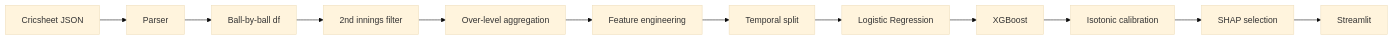
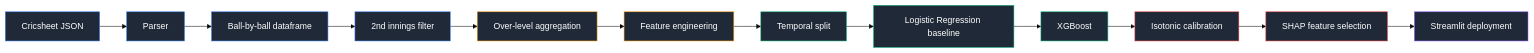
One commit to GranBan/granthbangard_ds_portfolio changed the diagram in Cricket T20 Win Probability Predictor/README.md. Above: the diagram before and after it, drawn with Mermaid (base theme).

````diff
--- a/Cricket T20 Win Probability Predictor/README.md
+++ b/Cricket T20 Win Probability Predictor/README.md
@@ -65,4 +65,27 @@
 ```mermaid
 graph LR
-    A[Cricsheet JSON] --> B[Parser] --> C[Ball-by-ball df] --> D[2nd innings filter] --> E[Over-level aggregation] --> F[Feature engineering] --> G[Temporal split] --> H[Logistic Regression] --> I[XGBoost] --> J[Isotonic calibration] --> K[SHAP selection] --> L[Streamlit]
+    A[Cricsheet JSON] --> B[Parser]
+    B --> C[Ball-by-ball dataframe]
+    C --> D[2nd innings filter]
+    D --> E[Over-level aggregation]
+    E --> F[Feature engineering]
+    F --> G[Temporal split]
+    G --> H[Logistic Regression baseline]
+    H --> I[XGBoost]
+    I --> J[Isotonic calibration]
+    J --> K[SHAP feature selection]
+    K --> L[Streamlit deployment]
+
+    style A fill:#1f2937,stroke:#3b82f6,color:#fff
+    style B fill:#1f2937,stroke:#3b82f6,color:#fff
+    style C fill:#1f2937,stroke:#3b82f6,color:#fff
+    style D fill:#1f2937,stroke:#3b82f6,color:#fff
+    style E fill:#1f2937,stroke:#f59e0b,color:#fff
+    style F fill:#1f2937,stroke:#f59e0b,color:#fff
+    style G fill:#1f2937,stroke:#10b981,color:#fff
+    style H fill:#1f2937,stroke:#10b981,color:#fff
+    style I fill:#1f2937,stroke:#10b981,color:#fff
+    style J fill:#1f2937,stroke:#ef4444,color:#fff
+    style K fill:#1f2937,stroke:#ef4444,color:#fff
+    style L fill:#1f2937,stroke:#8b5cf6,color:#fff
 ```
````
